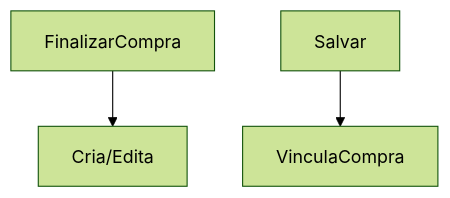
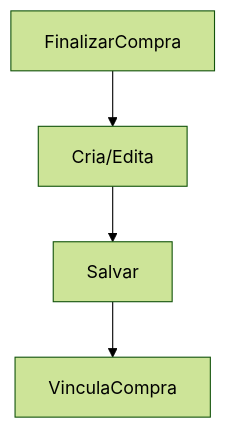
One commit to ronye011/Projeto-DevEvolution changed the seventh of 7 diagrams in README.md. Above: the diagram before and after it, drawn with Mermaid (forest theme). The commit also changed other lines of this file, not shown here.

````diff
--- a/README.md
+++ b/README.md
@@ -156,5 +167,6 @@
 ```mermaid
 graph TD;
     FinalizarCompra --> Cria/Edita;
+    Cria/Edita --> Salvar;
     Salvar --> VinculaCompra;
 ```
````
